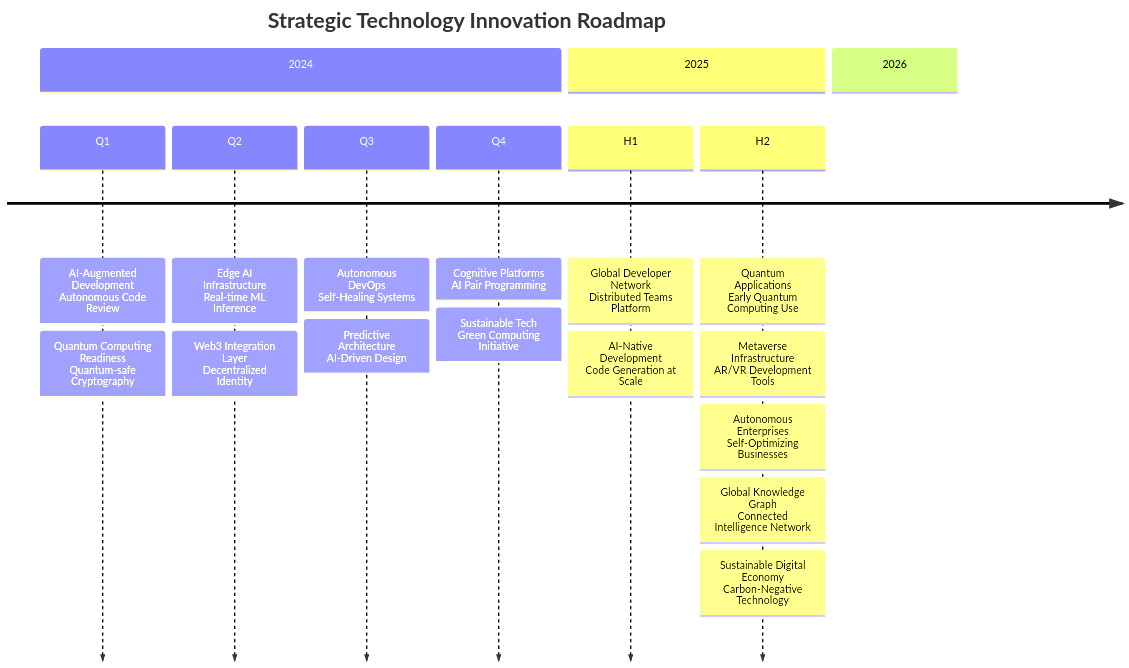
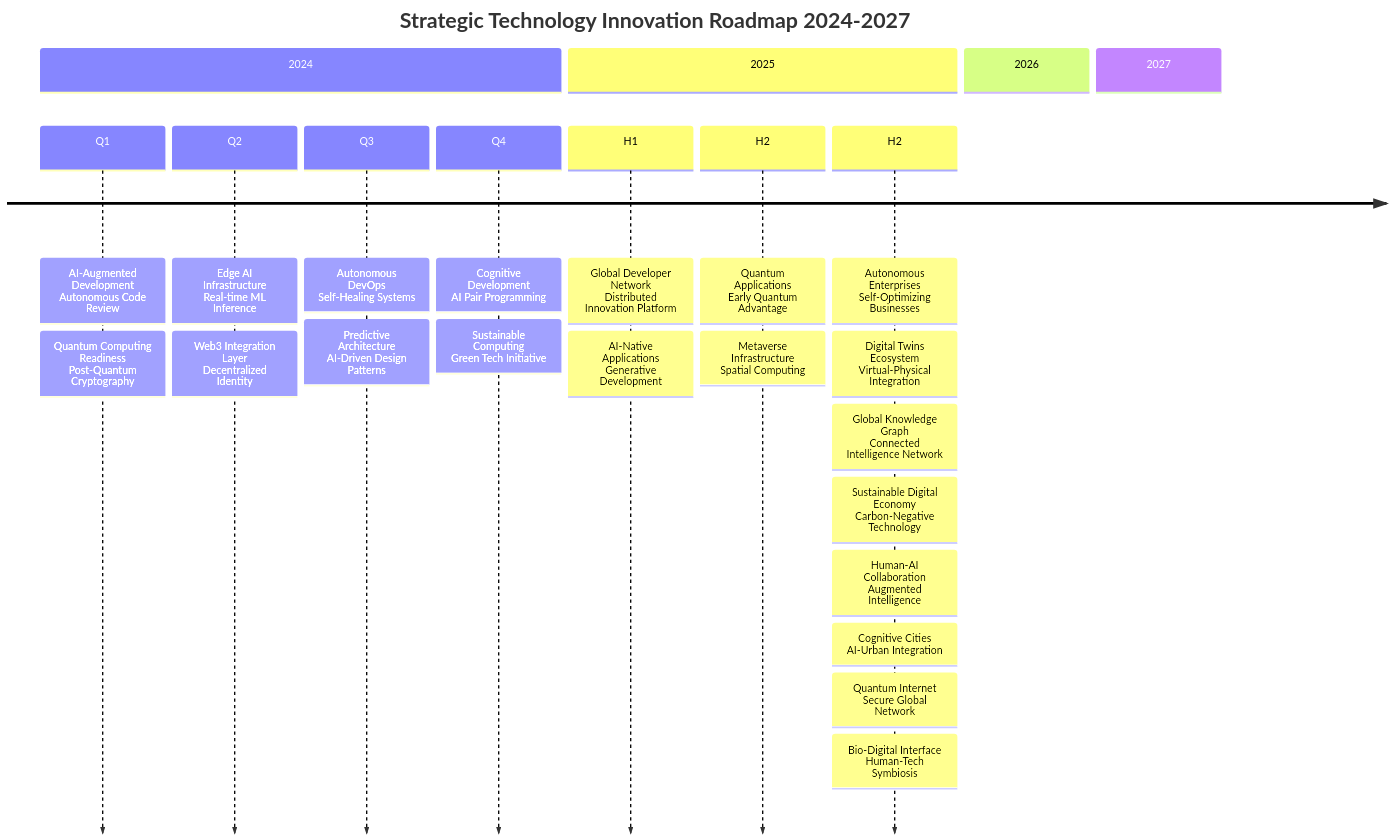
Diagram 16 of 17 in README.md (mentech93/mentech93), drawn with Mermaid before and after one commit. The commit also changed other lines of this file, not shown here.

````diff
--- a/README.md
+++ b/README.md
@@ -954,22 +1123,28 @@
 ```mermaid
 timeline
-    title Strategic Technology Innovation Roadmap
+    title Strategic Technology Innovation Roadmap 2024-2027
     section 2024
         Q1 : AI-Augmented Development<br>Autonomous Code Review
-              : Quantum Computing Readiness<br>Quantum-safe Cryptography
+              : Quantum Computing Readiness<br>Post-Quantum Cryptography
         Q2 : Edge AI Infrastructure<br>Real-time ML Inference
               : Web3 Integration Layer<br>Decentralized Identity
         Q3 : Autonomous DevOps<br>Self-Healing Systems
-              : Predictive Architecture<br>AI-Driven Design
-        Q4 : Cognitive Platforms<br>AI Pair Programming
-              : Sustainable Tech<br>Green Computing Initiative
+              : Predictive Architecture<br>AI-Driven Design Patterns
+        Q4 : Cognitive Development<br>AI Pair Programming
+              : Sustainable Computing<br>Green Tech Initiative
     section 2025
-        H1 : Global Developer Network<br>Distributed Teams Platform
-              : AI-Native Development<br>Code Generation at Scale
-        H2 : Quantum Applications<br>Early Quantum Computing Use
-              : Metaverse Infrastructure<br>AR/VR Development Tools
+        H1 : Global Developer Network<br>Distributed Innovation Platform
+              : AI-Native Applications<br>Generative Development
+        H2 : Quantum Applications<br>Early Quantum Advantage
+              : Metaverse Infrastructure<br>Spatial Computing
+        H2 : Autonomous Enterprises<br>Self-Optimizing Businesses
+              : Digital Twins Ecosystem<br>Virtual-Physical Integration
     section 2026
-        : Autonomous Enterprises<br>Self-Optimizing Businesses
         : Global Knowledge Graph<br>Connected Intelligence Network
         : Sustainable Digital Economy<br>Carbon-Negative Technology
+        : Human-AI Collaboration<br>Augmented Intelligence
+    section 2027
+        : Cognitive Cities<br>AI-Urban Integration
+        : Quantum Internet<br>Secure Global Network
+        : Bio-Digital Interface<br>Human-Tech Symbiosis
 ```
````
